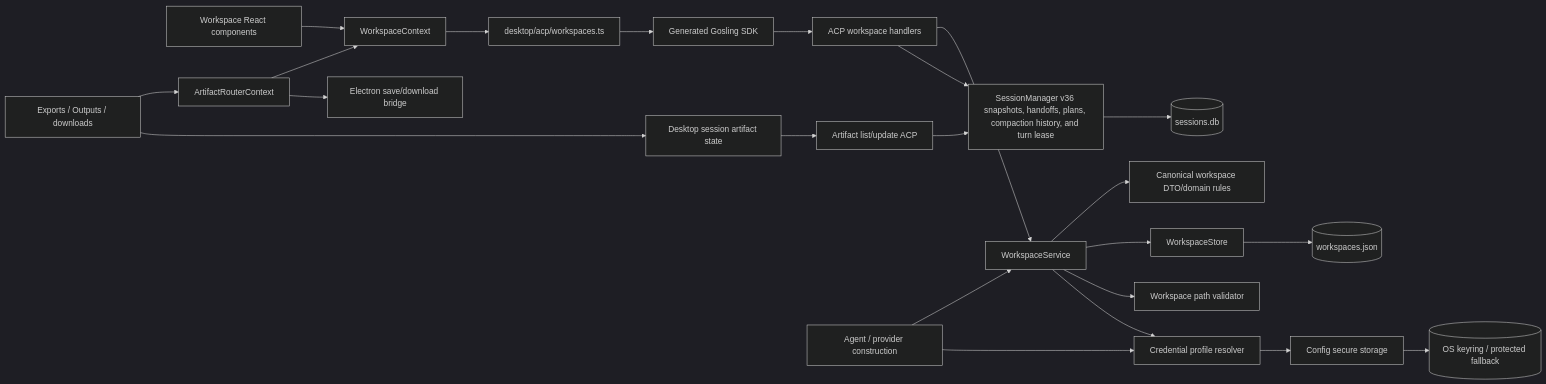
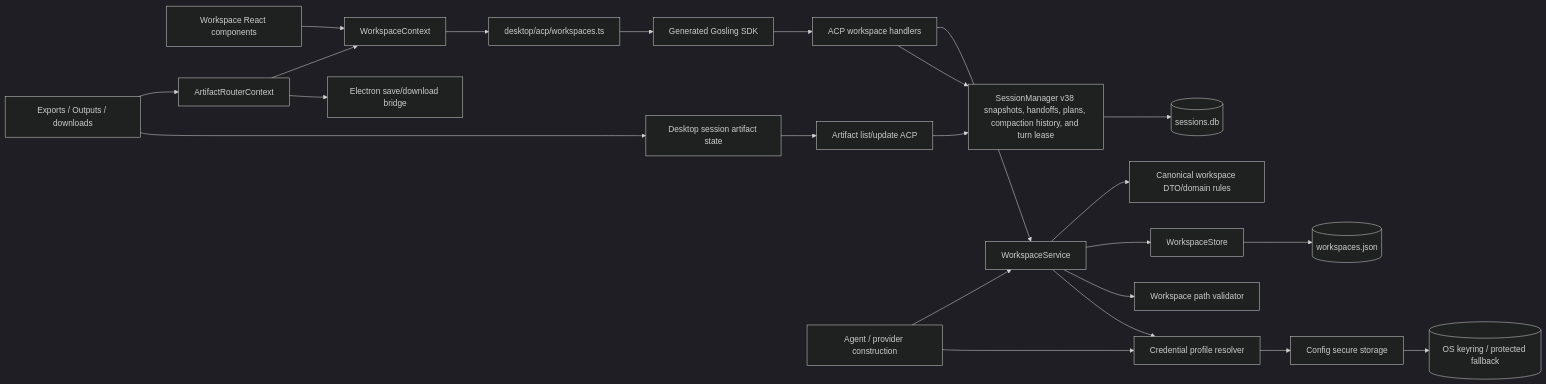
The first of 3 diagrams in docs/architecture.md (cephalopod-ai/gosling), drawn with Mermaid (dark theme) before and after one commit. The commit also changed other lines of this file and 71 other files, not shown here.

````diff
--- a/docs/architecture.md
+++ b/docs/architecture.md
@@ -12,25 +12,25 @@
 ```mermaid
 flowchart LR
     UI[Workspace React components] --> Context[WorkspaceContext]
     ArtifactUI[Exports / Outputs / downloads] --> Router[ArtifactRouterContext]
     ArtifactUI --> ArtifactStore[Desktop session artifact state]
     ArtifactStore --> ArtifactACP[Artifact list/update ACP]
     ArtifactACP --> Sessions
     Router --> Context
     Router --> Electron[Electron save/download bridge]
     Context --> DesktopACP[desktop/acp/workspaces.ts]
     DesktopACP --> SDK[Generated Gosling SDK]
     SDK --> Handlers[ACP workspace handlers]
     Handlers --> Service[WorkspaceService]
     Service --> Domain[Canonical workspace DTO/domain rules]
     Service --> Store[WorkspaceStore]
     Service --> Validator[Workspace path validator]
     Service --> Credentials[Credential profile resolver]
     Store --> JSON[(workspaces.json)]
     Credentials --> Config[Config secure storage]
     Config --> Keyring[(OS keyring / protected fallback)]
-    Handlers --> Sessions[SessionManager v36 snapshots, handoffs, plans, compaction history, and turn lease]
+    Handlers --> Sessions[SessionManager v38 snapshots, handoffs, plans, compaction history, and turn lease]
     Sessions --> DB[(sessions.db)]
     Agent[Agent / provider construction] --> Service
     Agent --> Credentials
 ```
````
